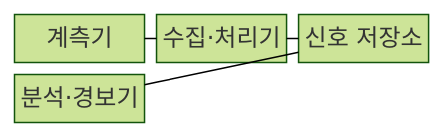
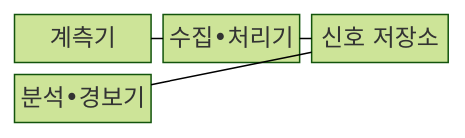
The first of 2 diagrams in src/content/docs/notes/08-latest-tech/023_agent_observability.md (agnusdei1207/knowledge-base), drawn with Mermaid (forest theme) before and after one commit. The commit also changed other lines of this file and 953 other files, not shown here.

````diff
--- a/src/content/docs/notes/08-latest-tech/023_agent_observability.md
+++ b/src/content/docs/notes/08-latest-tech/023_agent_observability.md
@@ -72,11 +72,11 @@
 ```mermaid
 block-beta
     columns 3
     I["계측기"]
-    C["수집·처리기"]
+    C["수집•처리기"]
     S["신호 저장소"]
-    V["분석·경보기"]
+    V["분석•경보기"]
     I --- C
     C --- S
     S --- V
 ```
````
